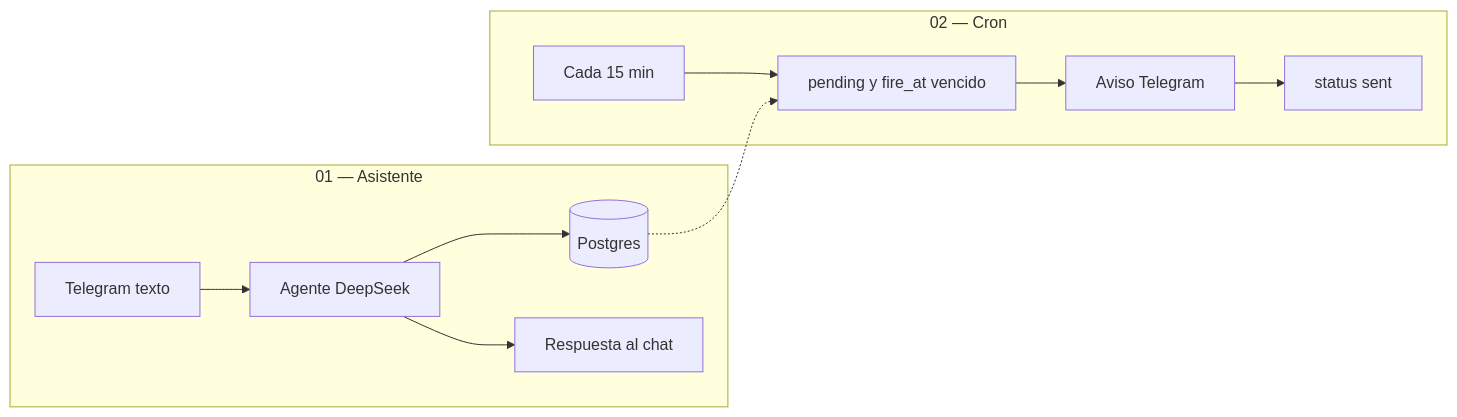
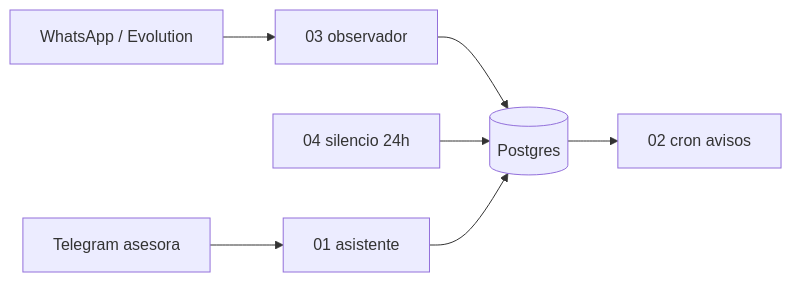
The diagram in docs/arquitectura.md (fyarza/n8n-sistema-seguimiento), drawn with Mermaid before and after one commit. The commit also changed other lines of this file and 9 other files, not shown here.

Commit message:
Revise architecture documentation for the tracking system, introducing version 2 with updates on WhatsApp integration and workflow enhancements. Add new JSON files for WhatsApp lead classification and silence management, and include examples of client interactions for better context.

````diff
--- a/docs/arquitectura.md
+++ b/docs/arquitectura.md
@@ -30,16 +25,9 @@
 ```mermaid
 flowchart LR
-  subgraph chat ["01 — Asistente"]
-    TG[Telegram texto] --> AG[Agente DeepSeek]
-    AG --> PG[(Postgres)]
-    AG --> TX[Respuesta al chat]
-  end
-
-  subgraph cron ["02 — Cron"]
-    SCH[Cada 15 min] --> Q[pending y fire_at vencido]
-    Q --> AV[Aviso Telegram]
-    AV --> SENT[status sent]
-  end
-
-  PG -.-> Q
+  WA[WhatsApp / Evolution] --> WF3[03 observador]
+  WF3 --> PG[(Postgres)]
+  WF4[04 silencio 24h] --> PG
+  TG[Telegram asesora] --> WF1[01 asistente]
+  WF1 --> PG
+  PG --> WF2[02 cron avisos]
 ```
````
